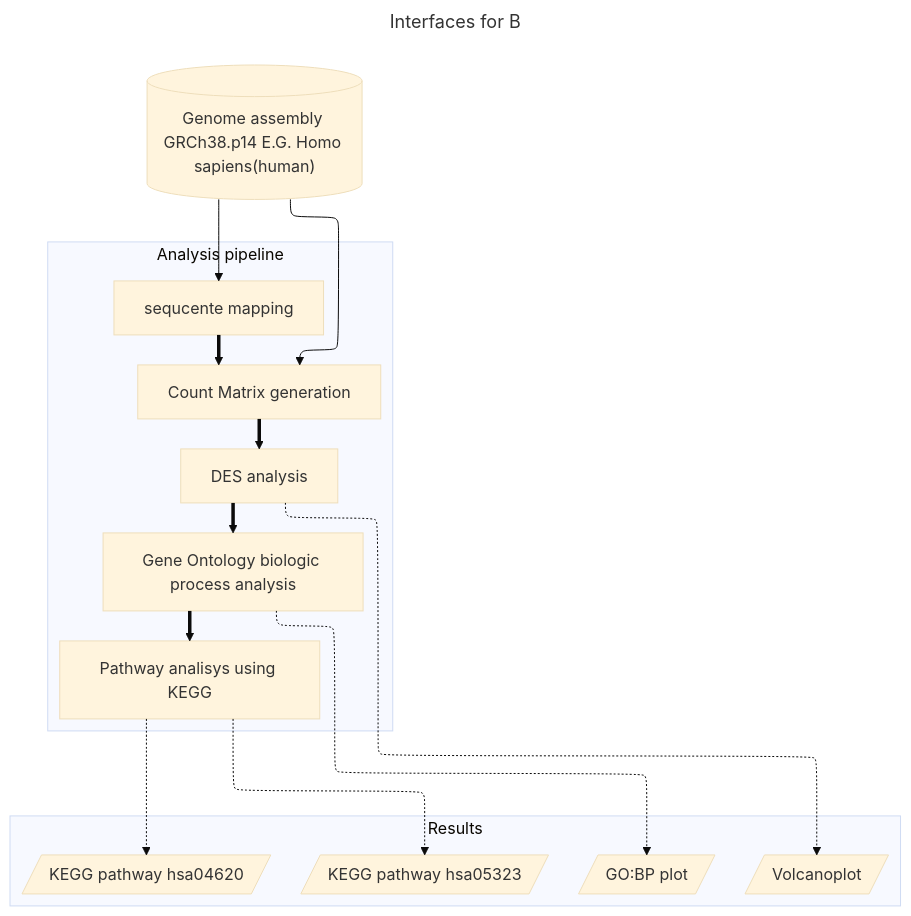
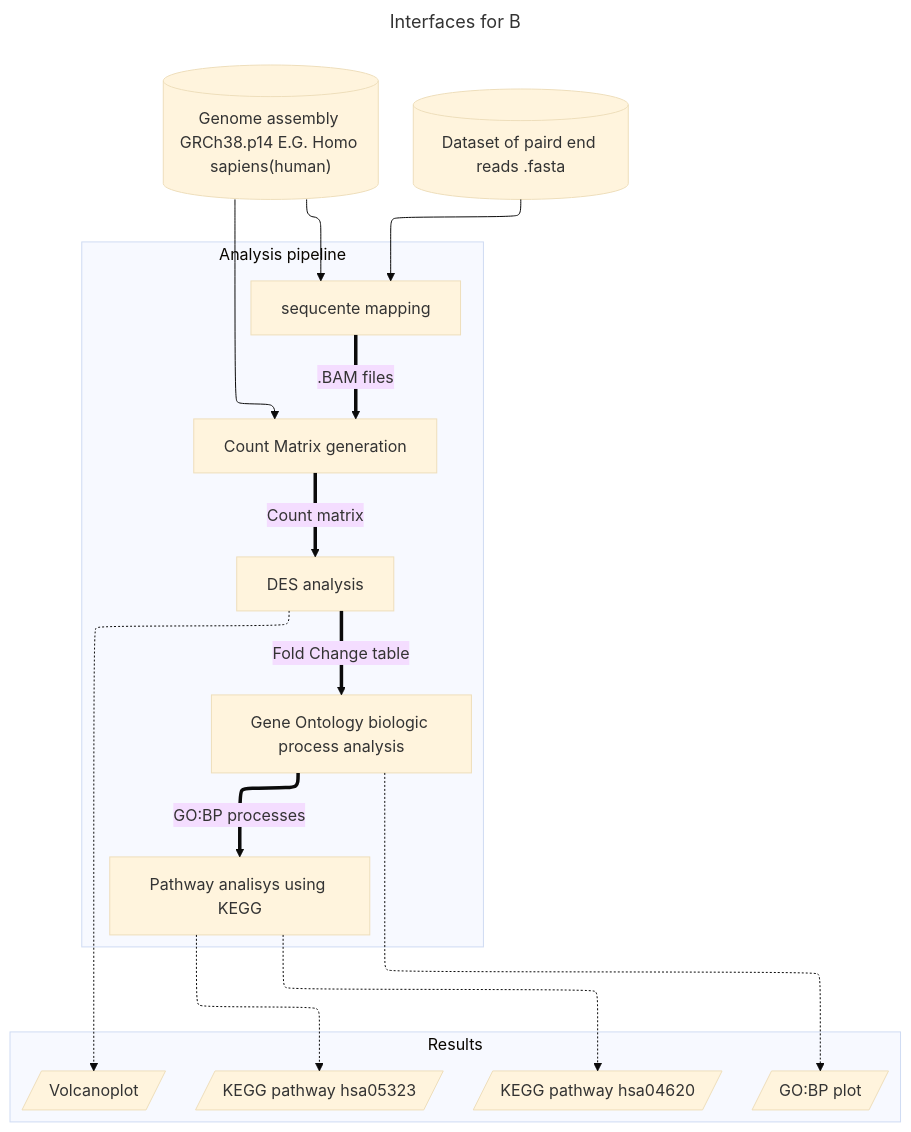
Before and after one commit to Quantum-Coder826/J2P4casusTranscriptomics: the diagram in README.md, drawn with Mermaid (base theme).

Commit message:
Added link text

````diff
--- a/README.md
+++ b/README.md
@@ -38,40 +38,43 @@
 ```mermaid
 ---
 config:
   flowchart:
     defaultRenderer: elk
 title: Interfaces for B
 ---
 flowchart-elk TB
   HG38[("Genome assembly GRCh38.p14 E.G. Homo sapiens(human)")]
   HG38 --> seq_map
   HG38 --> matrix
+  
+  dataset[("Dataset of paird end reads .fasta")] --> seq_map
+  
   subgraph one [Analysis pipeline]
-        seq_map["sequcente mapping"] ==> matrix
-        matrix["Count Matrix generation"] ==> data_ana
-        data_ana["DES analysis"] ==> GO_ana
-        GO_ana["Gene Ontology biologic process analysis"] ==> KEGG_ana
+        seq_map["sequcente mapping"] ==>|".BAM files"| matrix
+        matrix["Count Matrix generation"] ==>|"Count matrix"| data_ana
+        data_ana["DES analysis"] ==>|"Fold Change table"| GO_ana
+        GO_ana["Gene Ontology biologic process analysis"] ==>|"GO:BP processes"| KEGG_ana
         KEGG_ana["Pathway analisys using KEGG"]
   end
   
   subgraph two [Results]
     GO_ana -.-> GO_plot[/"GO:BP plot"/]
     KEGG_ana -.-> KEGG_hsa05323[/"KEGG pathway hsa05323"/]
     KEGG_ana -.-> KEGG_hsa04620[/"KEGG pathway hsa04620"/]
     data_ana -.-> Volcano[/"Volcanoplot"/]
   end
   
 
   classDef hidden display: none
   click HG38 "https://www.ncbi.nlm.nih.gov/datasets/genome/GCF_000001405.40/"
   click seq_map "https://github.com/Quantum-Coder826/J2P4casusTranscriptomics/blob/main/scripts/seq_mapping.R"
   click matrix "https://github.com/Quantum-Coder826/J2P4casusTranscriptomics/blob/main/scripts/count_matrix.R"
   click data_ana "https://github.com/Quantum-Coder826/J2P4casusTranscriptomics/blob/main/scripts/data_ana.R"
   click GO_ana "https://github.com/Quantum-Coder826/J2P4casusTranscriptomics/blob/main/scripts/GO_analysis.R"
   click KEGG_ana "https://github.com/Quantum-Coder826/J2P4casusTranscriptomics/blob/main/scripts/KEGG_analysis.R"
   click GO_plot "https://github.com/Quantum-Coder826/J2P4casusTranscriptomics/blob/main/results/GO/GOanalysis.png"
   click KEGG_hsa05323 "https://github.com/Quantum-Coder826/J2P4casusTranscriptomics/blob/main/results/hsa05323.pathview.png"
   click KEGG_hsa04620 "https://github.com/Quantum-Coder826/J2P4casusTranscriptomics/blob/main/results/hsa04620.pathview.png"
   click Volcano "https://github.com/Quantum-Coder826/J2P4casusTranscriptomics/blob/main/results/VolcanoplotWC.png"
 
 ```
````
